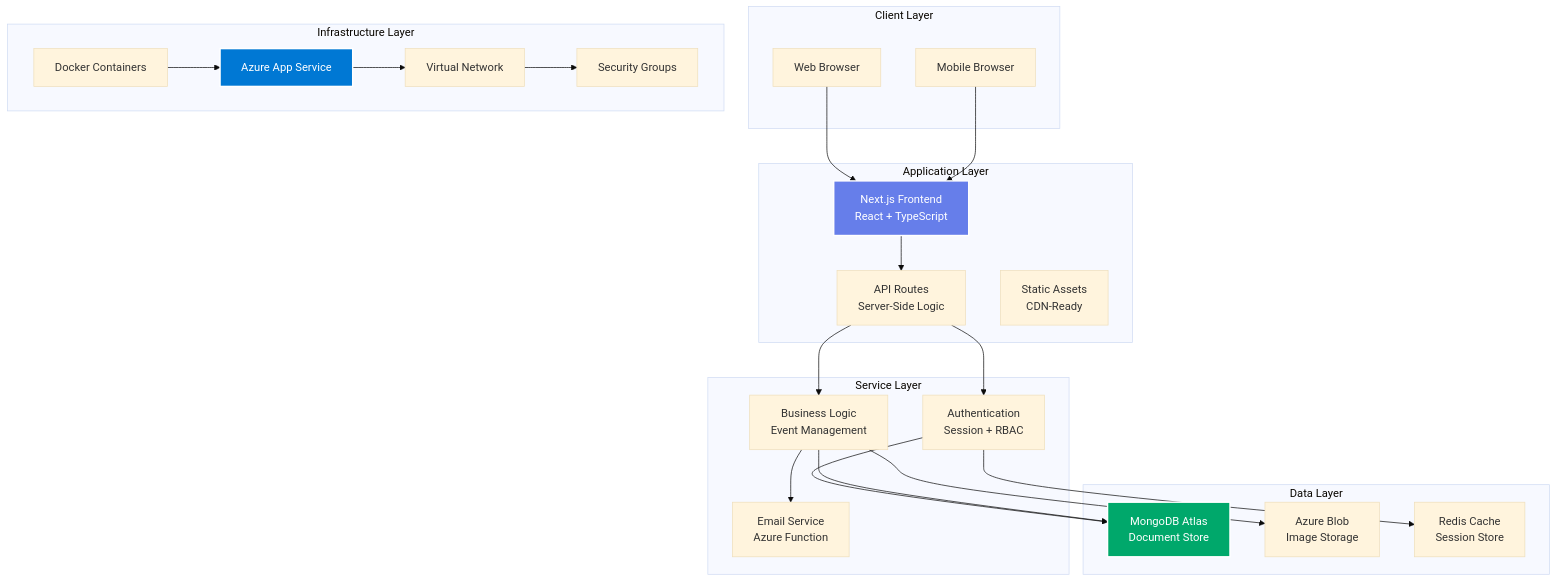
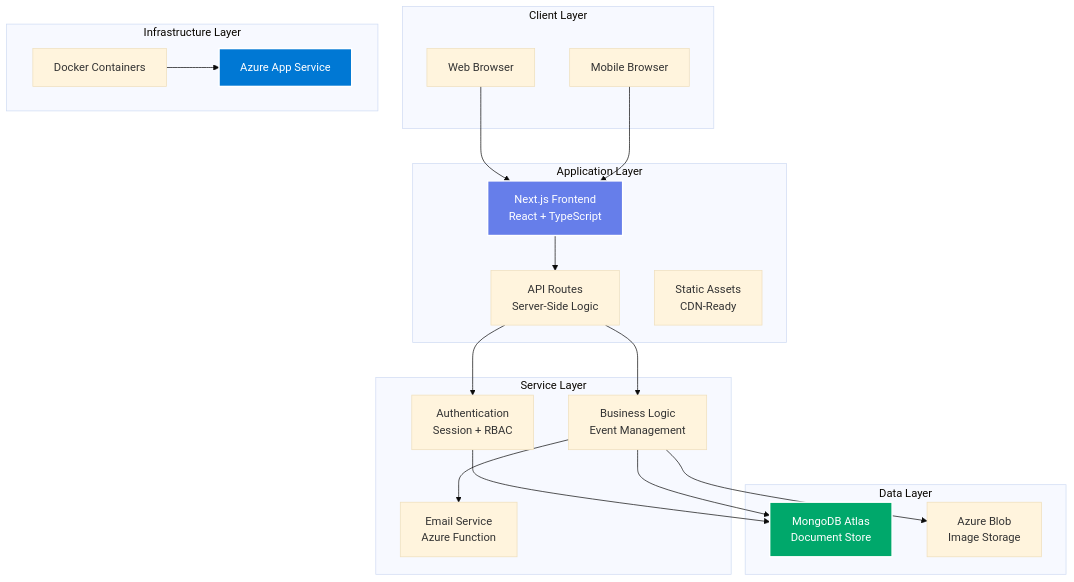
Before and after one commit to mvulcu/devops-portfolio-docs: the first of 6 diagrams in docs/kulturHub/architecture.md, drawn with Mermaid (base theme). The commit also changed other lines of this file, not shown here.

Commit message:
Align KulturHub diagrams and health sample with implementation

````diff
--- a/docs/kulturHub/architecture.md
+++ b/docs/kulturHub/architecture.md
@@ -15,51 +15,45 @@
 ```mermaid
 graph TB
     subgraph "Client Layer"
         A[Web Browser]
         B[Mobile Browser]
     end
     
     subgraph "Application Layer"
         C[Next.js Frontend<br/>React + TypeScript]
         D[API Routes<br/>Server-Side Logic]
         E[Static Assets<br/>CDN-Ready]
     end
     
     subgraph "Service Layer"
         F[Authentication<br/>Session + RBAC]
         G[Business Logic<br/>Event Management]
         H[Email Service<br/>Azure Function]
     end
     
     subgraph "Data Layer"
         I[MongoDB Atlas<br/>Document Store]
         J[Azure Blob<br/>Image Storage]
-        K[Redis Cache<br/>Session Store]
     end
     
     subgraph "Infrastructure Layer"
         L[Docker Containers]
         M[Azure App Service]
-        N[Virtual Network]
-        O[Security Groups]
     end
     
     A --> C
     B --> C
     C --> D
     D --> F
     D --> G
     G --> H
     F --> I
     G --> I
     G --> J
-    F --> K
     
     L --> M
-    M --> N
-    N --> O
     
     style C fill:#667eea,stroke:#fff,stroke-width:2px,color:#fff
     style I fill:#00a86b,stroke:#fff,stroke-width:2px,color:#fff
     style M fill:#0078d4,stroke:#fff,stroke-width:2px,color:#fff
 ```
````
